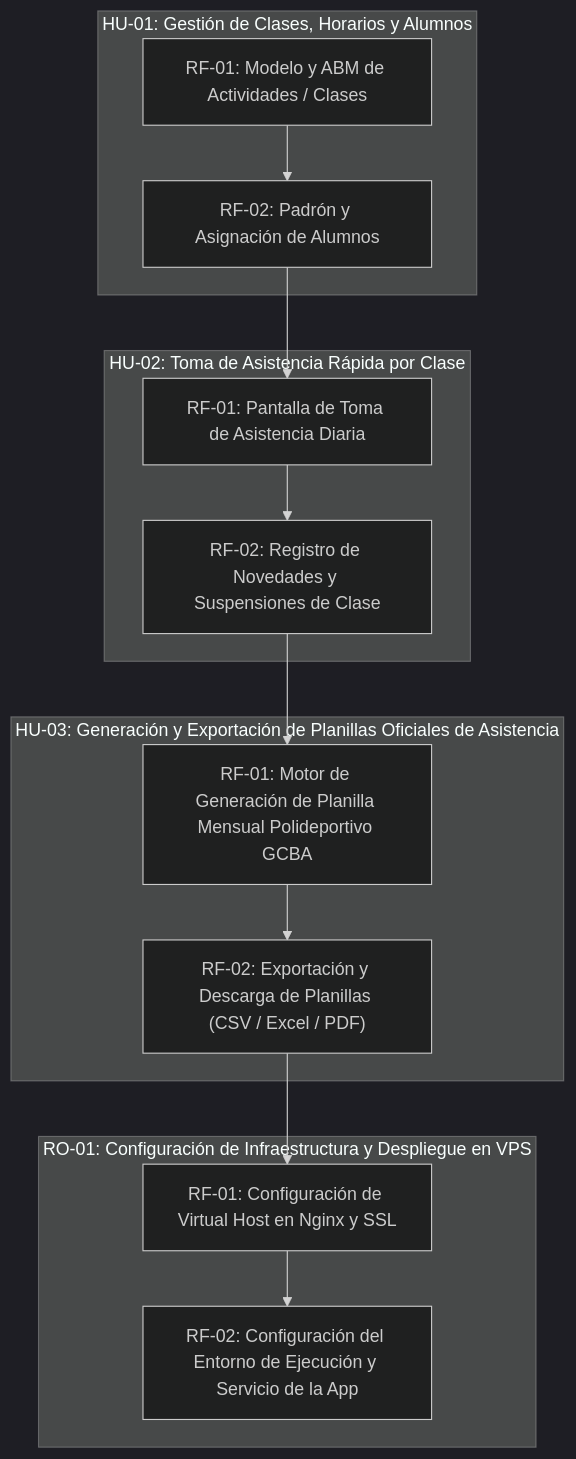
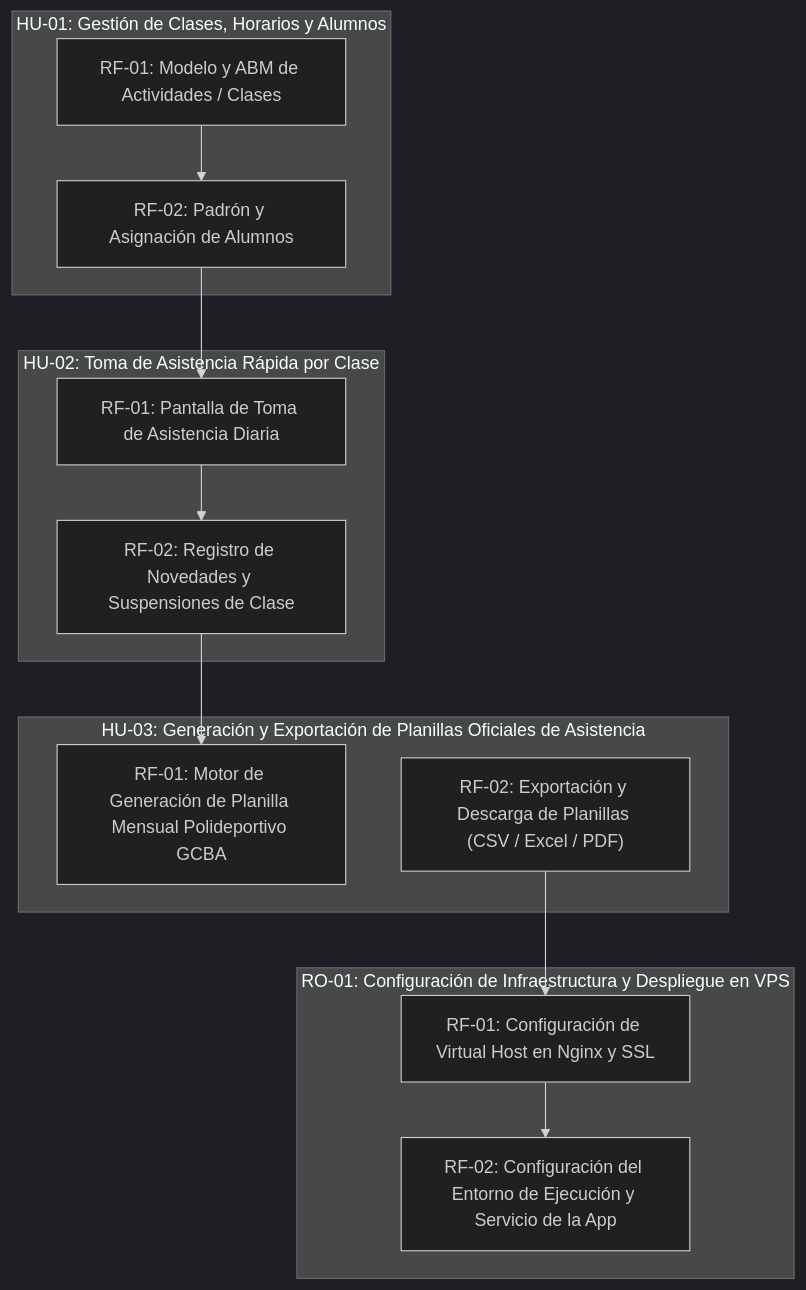
One commit to fiemcasals/fit changed the diagram in scrumDocs/grafo.md. Above: the diagram before and after it, drawn with Mermaid (dark theme). The commit also changed other lines of this file, not shown here.

````diff
--- a/scrumDocs/grafo.md
+++ b/scrumDocs/grafo.md
@@ -5,26 +5,25 @@
 ```mermaid
 graph TD
   subgraph US_1790948668521["HU-01: Gestión de Clases, Horarios y Alumnos"]
     REQ_1790949656542["RF-01: Modelo y ABM de Actividades / Clases"]
     REQ_1790949656650["RF-02: Padrón y Asignación de Alumnos"]
   end
   subgraph US_1790948668690["HU-02: Toma de Asistencia Rápida por Clase"]
     REQ_1790949656797["RF-01: Pantalla de Toma de Asistencia Diaria"]
     REQ_1790949656976["RF-02: Registro de Novedades y Suspensiones de Clase"]
   end
   subgraph US_1790948668768["HU-03: Generación y Exportación de Planillas Oficiales de Asistencia"]
     REQ_1790949657128["RF-01: Motor de Generación de Planilla Mensual Polideportivo GCBA"]
     REQ_1790949657258["RF-02: Exportación y Descarga de Planillas (CSV / Excel / PDF)"]
   end
   subgraph US_1790948668902["RO-01: Configuración de Infraestructura y Despliegue en VPS"]
     REQ_1790948668917["RF-01: Configuración de Virtual Host en Nginx y SSL"]
     REQ_1790949657375["RF-02: Configuración del Entorno de Ejecución y Servicio de la App"]
   end
   REQ_1790949656542 --> REQ_1790949656650
   REQ_1790949656650 --> REQ_1790949656797
   REQ_1790949656797 --> REQ_1790949656976
   REQ_1790949656976 --> REQ_1790949657128
-  REQ_1790949657128 --> REQ_1790949657258
   REQ_1790949657258 --> REQ_1790948668917
   REQ_1790948668917 --> REQ_1790949657375
 ```
````
